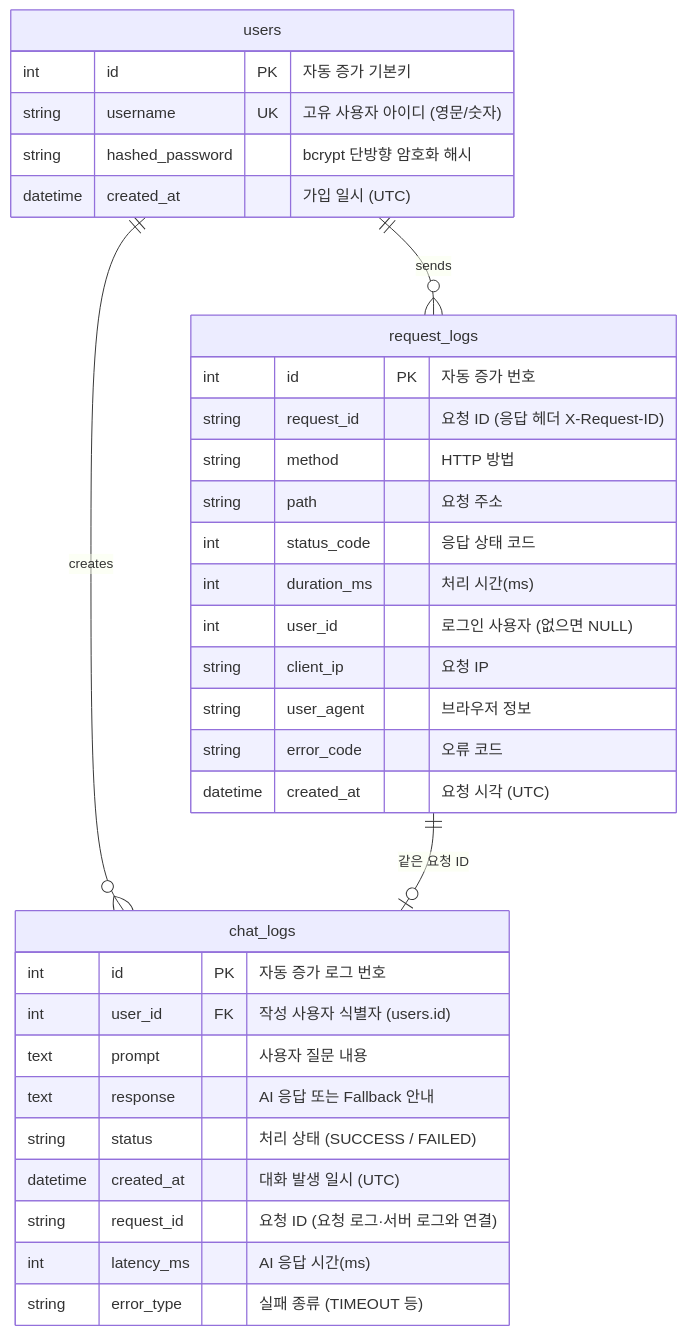
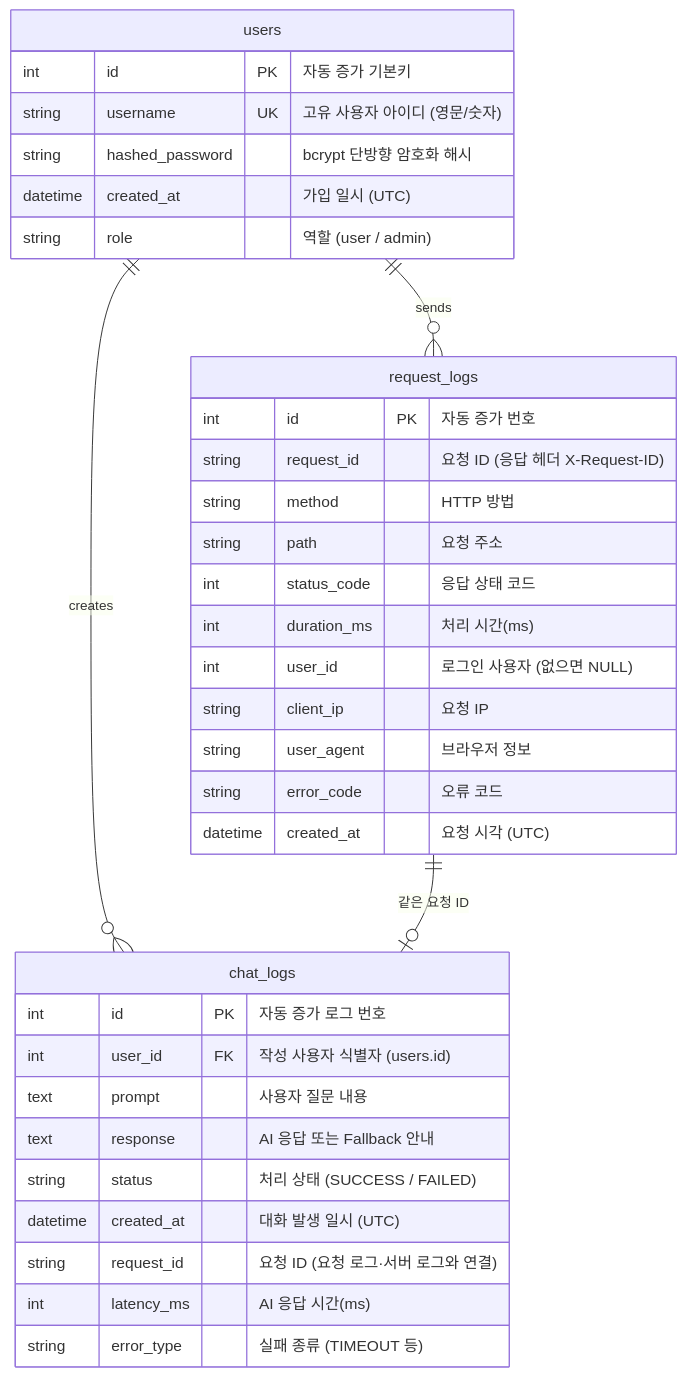
One commit to jha21vvv/codyssey-b7-1 changed the second of 2 diagrams in README.md. Above: the diagram before and after it, drawn with Mermaid. The commit also changed other lines of this file, not shown here.

````diff
--- a/README.md
+++ b/README.md
@@ -127,36 +138,37 @@
 ```mermaid
 erDiagram
     users ||--o{ chat_logs : "creates"
     users {
         int id PK "자동 증가 기본키"
         string username UK "고유 사용자 아이디 (영문/숫자)"
         string hashed_password "bcrypt 단방향 암호화 해시"
         datetime created_at "가입 일시 (UTC)"
+        string role "역할 (user / admin)"
     }
     chat_logs {
         int id PK "자동 증가 로그 번호"
         int user_id FK "작성 사용자 식별자 (users.id)"
         text prompt "사용자 질문 내용"
         text response "AI 응답 또는 Fallback 안내"
         string status "처리 상태 (SUCCESS / FAILED)"
         datetime created_at "대화 발생 일시 (UTC)"
         string request_id "요청 ID (요청 로그·서버 로그와 연결)"
         int latency_ms "AI 응답 시간(ms)"
         string error_type "실패 종류 (TIMEOUT 등)"
     }
     users ||--o{ request_logs : "sends"
     request_logs ||--o| chat_logs : "같은 요청 ID"
     request_logs {
         int id PK "자동 증가 번호"
         string request_id "요청 ID (응답 헤더 X-Request-ID)"
         string method "HTTP 방법"
         string path "요청 주소"
         int status_code "응답 상태 코드"
         int duration_ms "처리 시간(ms)"
         int user_id "로그인 사용자 (없으면 NULL)"
         string client_ip "요청 IP"
         string user_agent "브라우저 정보"
         string error_code "오류 코드"
         datetime created_at "요청 시각 (UTC)"
     }
 ```
````
